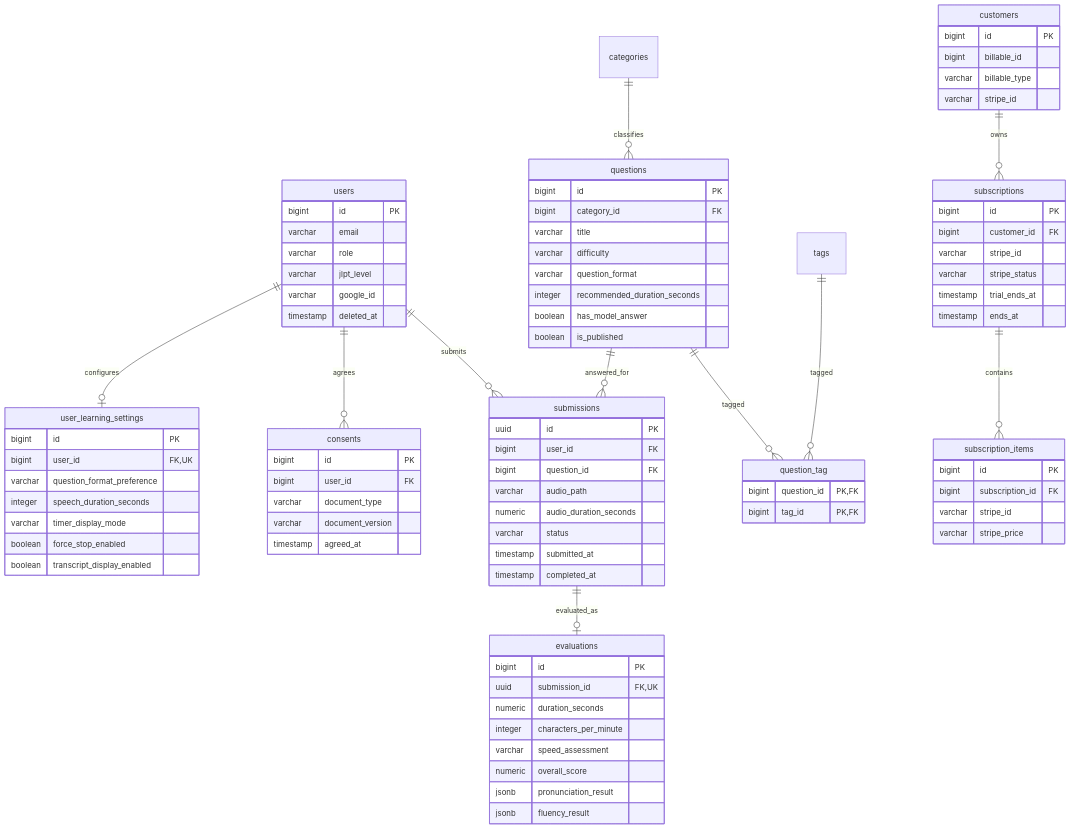
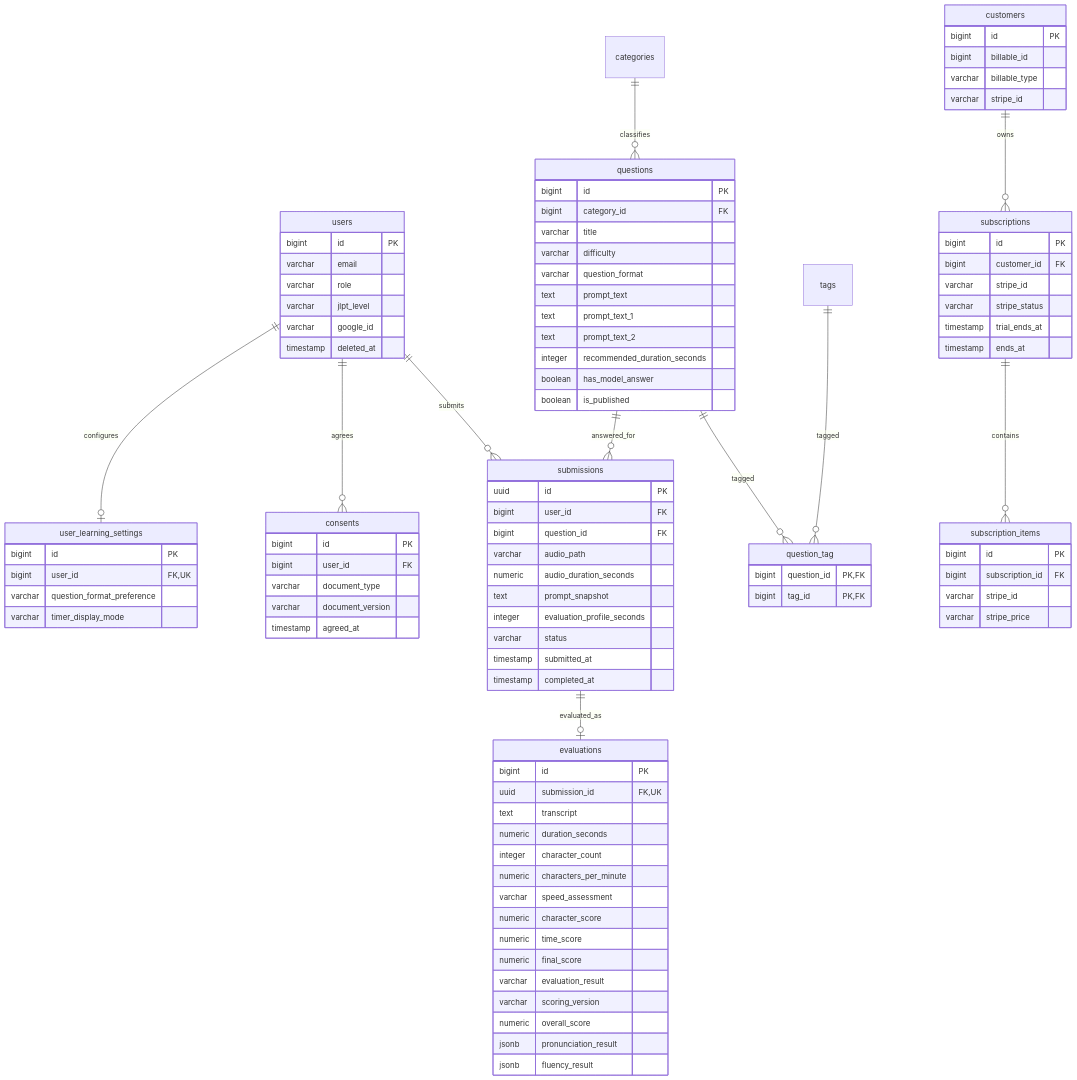
The diagram in docs/DB_SCHEMA.md (kurukobaweb/nihongo), drawn with Mermaid before and after one commit. The commit also changed other lines of this file, not shown here.

Commit message:
docs: update speech database schema specification

```diff
--- a/docs/DB_SCHEMA.md
+++ b/docs/DB_SCHEMA.md
@@ -132,10 +137,7 @@
         bigint id PK
         bigint user_id FK,UK
         varchar question_format_preference
-        integer speech_duration_seconds
         varchar timer_display_mode
-        boolean force_stop_enabled
-        boolean transcript_display_enabled
     }
 
     questions {
@@ -144,6 +146,9 @@
         varchar title
         varchar difficulty
         varchar question_format
+        text prompt_text
+        text prompt_text_1
+        text prompt_text_2
         integer recommended_duration_seconds
         boolean has_model_answer
         boolean is_published
@@ -160,6 +165,8 @@
         bigint question_id FK
         varchar audio_path
         numeric audio_duration_seconds
+        text prompt_snapshot
+        integer evaluation_profile_seconds
         varchar status
         timestamp submitted_at
         timestamp completed_at
@@ -168,9 +175,16 @@
     evaluations {
         bigint id PK
         uuid submission_id FK,UK
+        text transcript
         numeric duration_seconds
-        integer characters_per_minute
+        integer character_count
+        numeric characters_per_minute
         varchar speed_assessment
+        numeric character_score
+        numeric time_score
+        numeric final_score
+        varchar evaluation_result
+        varchar scoring_version
         numeric overall_score
         jsonb pronunciation_result
         jsonb fluency_result
```
